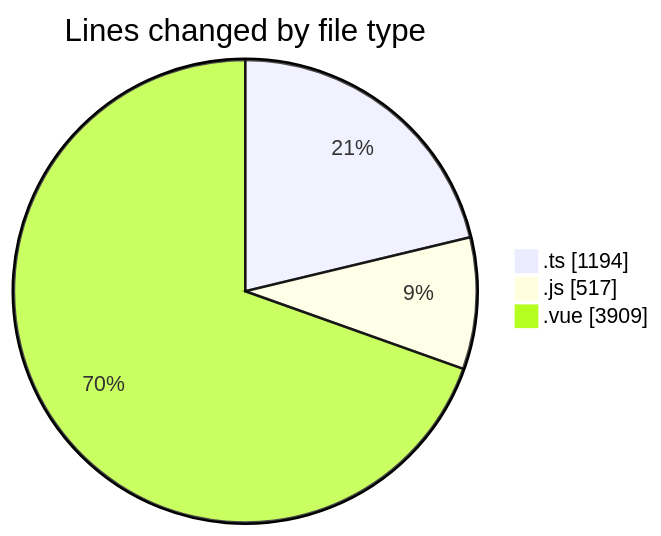
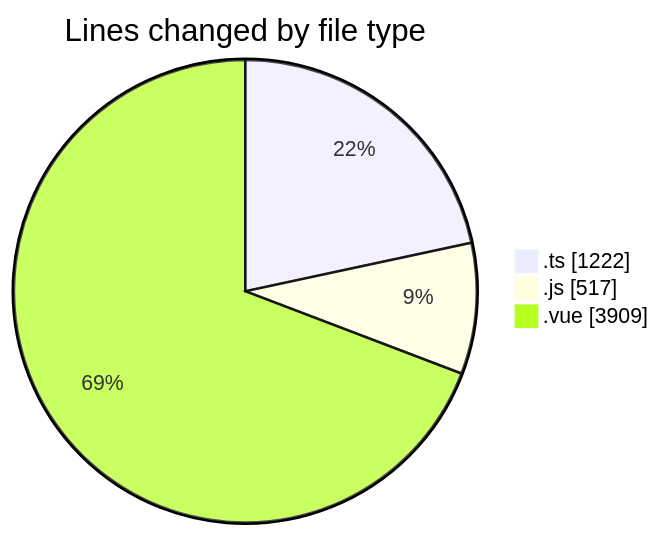
One commit to lephambinh05/code-tracking changed the first of 2 diagrams in 2025-08-16/rentotp/README.md. Above: the diagram before and after it, drawn with Mermaid. The commit also changed other lines of this file and 1 other file, not shown here.

````diff
--- a/2025-08-16/rentotp/README.md
+++ b/2025-08-16/rentotp/README.md
@@ -36,7 +36,7 @@
 ```mermaid
 pie showData
 title Lines changed by file type
-".ts" : 1194
+".ts" : 1222
 ".js" : 517
 ".vue" : 3909
 ```
````
